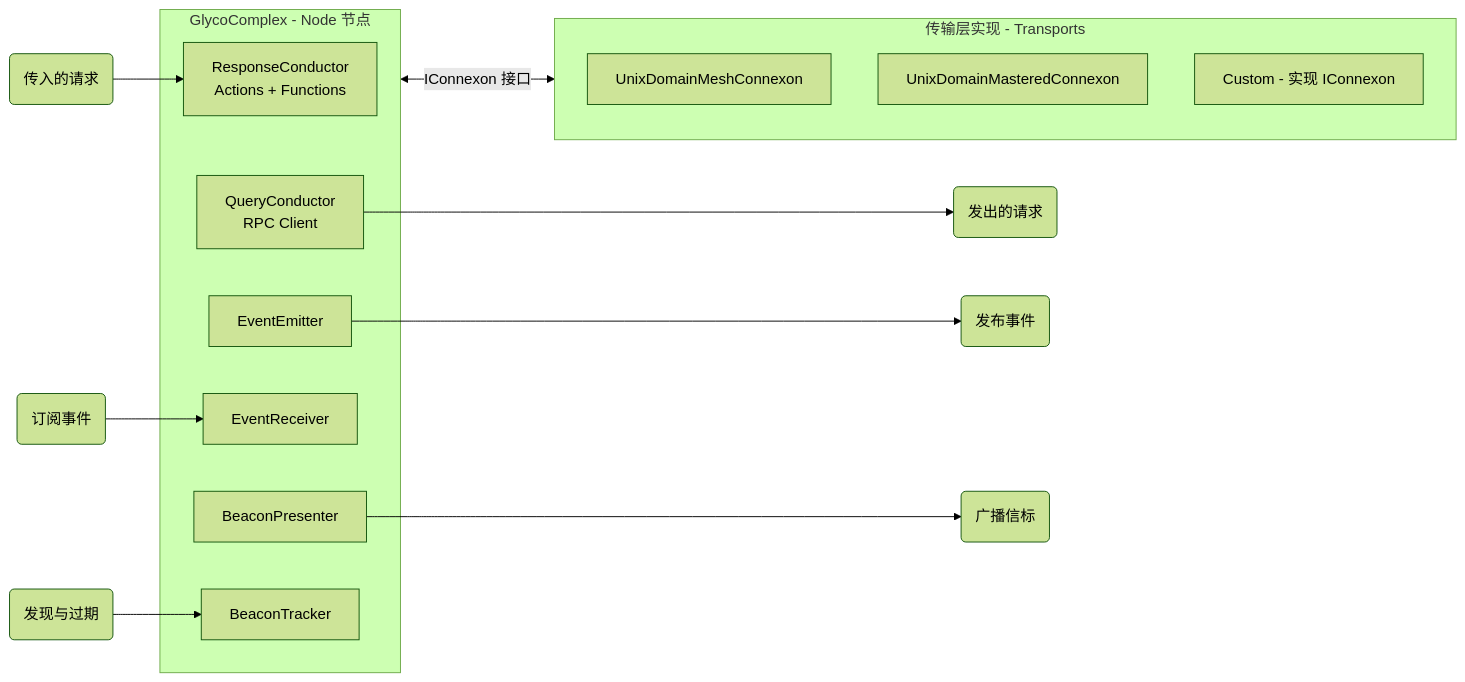
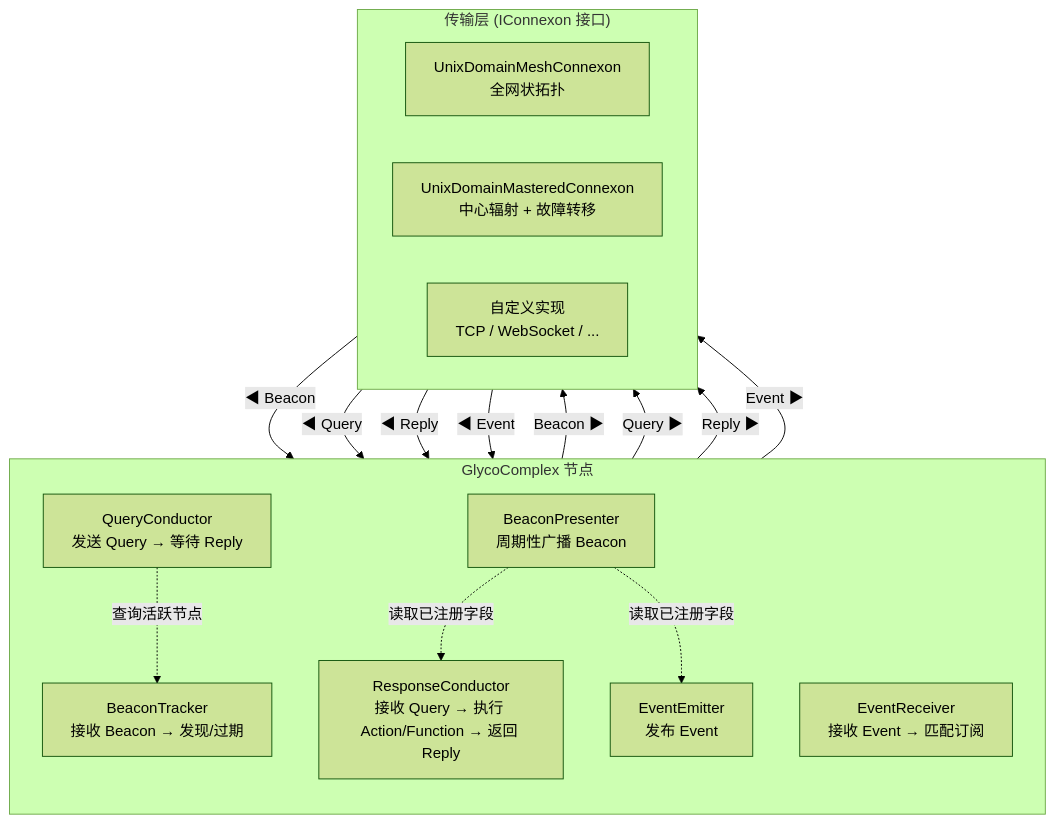
One commit to LiPolymer/Glycoprotein changed the diagram in README.md. Above: the diagram before and after it, drawn with Mermaid (forest theme). The commit also changed other lines of this file, not shown here.

````diff
--- a/README.md
+++ b/README.md
@@ -7,27 +7,32 @@
 ```mermaid
-flowchart LR
-    Incoming(传入的请求) --> RC
-    QC --> Outgoing(发出的请求)
-    EE --> Publish(发布事件)
-    Subscribe(订阅事件) --> ER
-    BP --> Broadcast(广播信标)
-    Discovery(发现与过期) --> BT
-
-    subgraph GlycoComplex [GlycoComplex - Node 节点]
-        RC[ResponseConductor<br/>Actions + Functions]
-        QC[QueryConductor<br/>RPC Client]
-        EE[EventEmitter]
-        ER[EventReceiver]
-        BP[BeaconPresenter]
-        BT[BeaconTracker]
+flowchart TB
+    subgraph GlycoComplex["GlycoComplex 节点"]
+        direction TB
+        RC[ResponseConductor<br/>接收 Query → 执行 Action/Function → 返回 Reply]
+        QC[QueryConductor<br/>发送 Query → 等待 Reply]
+        EE[EventEmitter<br/>发布 Event]
+        ER[EventReceiver<br/>接收 Event → 匹配订阅]
+        BP[BeaconPresenter<br/>周期性广播 Beacon]
+        BT[BeaconTracker<br/>接收 Beacon → 发现/过期]
     end
 
-    subgraph Transports [传输层实现 - Transports]
-        direction TB
-        T1[UnixDomainMeshConnexon]
-        T2[UnixDomainMasteredConnexon]
-        T3[Custom - 实现 IConnexon]
+    subgraph Transport["传输层 (IConnexon 接口)"]
+        direction LR
+        T1[UnixDomainMeshConnexon<br/>全网状拓扑]
+        T2[UnixDomainMasteredConnexon<br/>中心辐射 + 故障转移]
+        T3[自定义实现<br/>TCP / WebSocket / ...]
     end
 
-    GlycoComplex <--> |IConnexon 接口| Transports
+    BP -- "Beacon ▶" --> Transport
+    Transport -- "◀ Beacon" --> BT
+    QC -- "Query ▶" --> Transport
+    Transport -- "◀ Query" --> RC
+    RC -- "Reply ▶" --> Transport
+    Transport -- "◀ Reply" --> QC
+    EE -- "Event ▶" --> Transport
+    Transport -- "◀ Event" --> ER
+
+    QC -.->|"查询活跃节点"| BT
+    BP -.->|"读取已注册字段"| RC
+    BP -.->|"读取已注册字段"| EE
 ```
````
